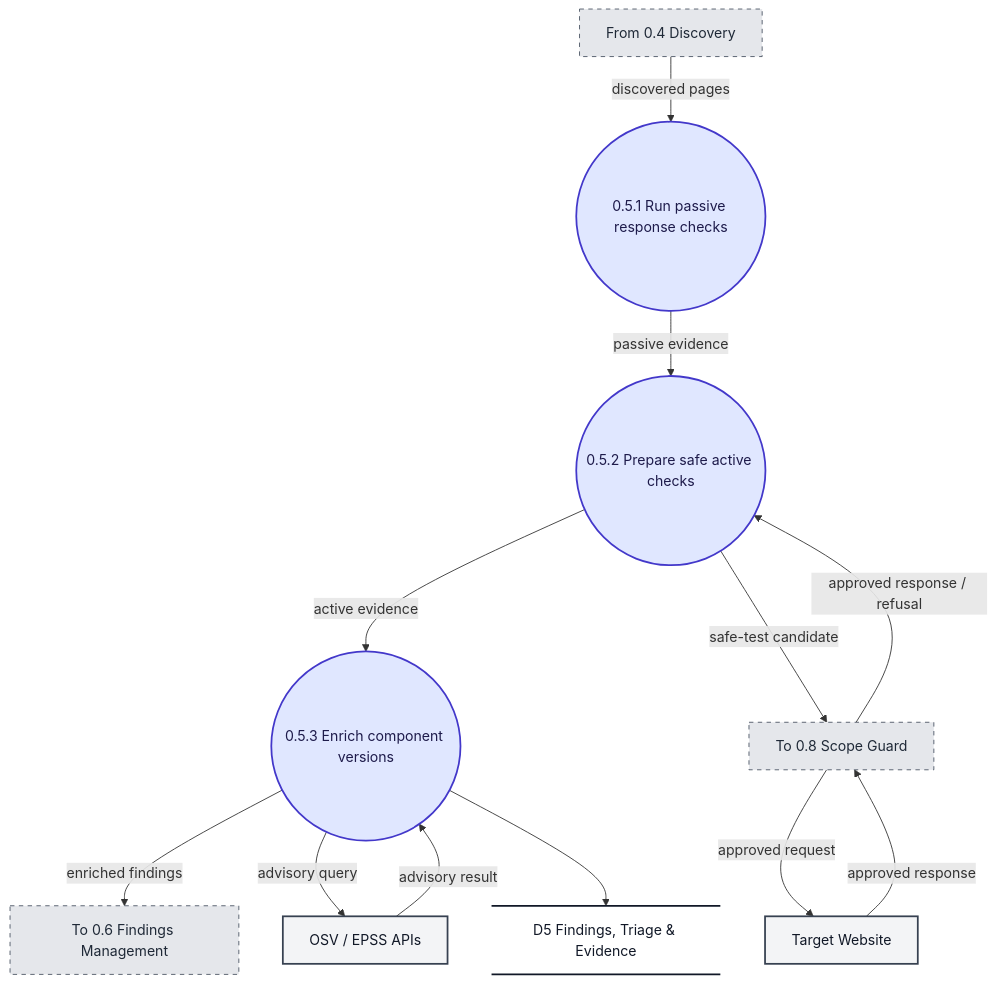
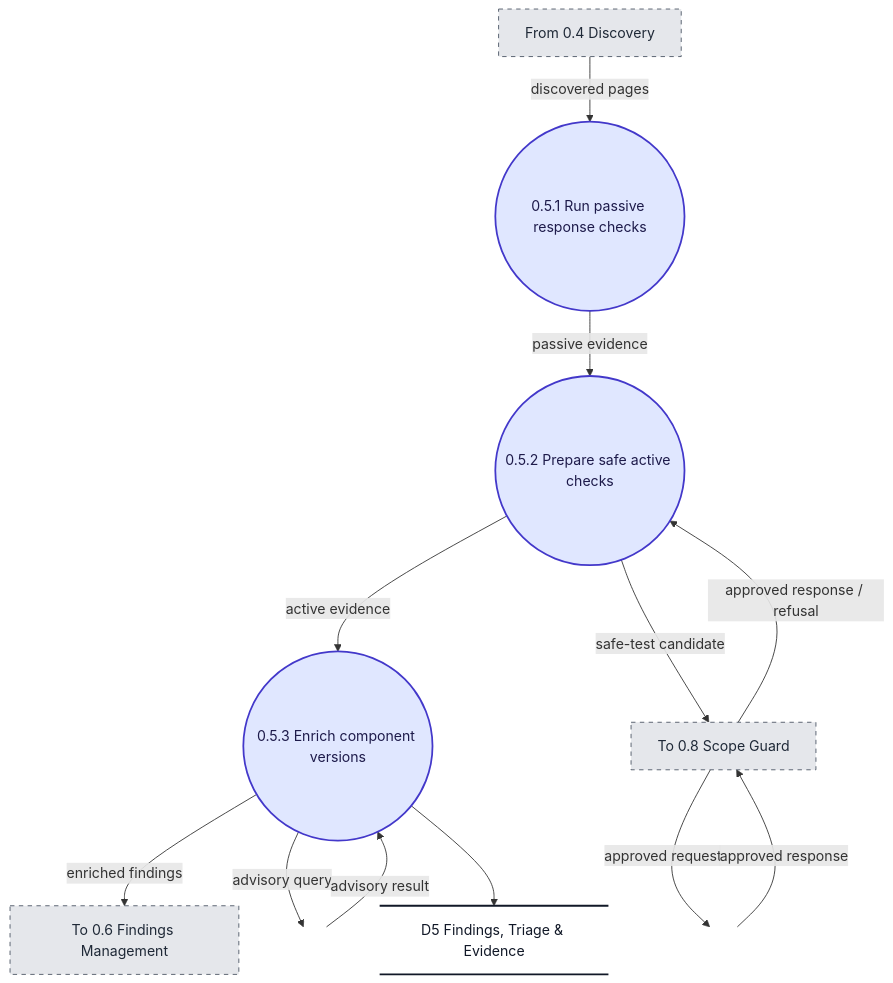
One commit to ksacheth/software-engineering changed the seventh of 11 diagrams in docs/dfd/Website_Vulnerability_Scanner_DFD.md. Above: the diagram before and after it, drawn with Mermaid. The commit also changed other lines of this file and 19 other files, not shown here.

First line of the commit message:
docs(dfd): align level-2 DFDs and report format with textbook and peer reference

````diff
--- a/docs/dfd/Website_Vulnerability_Scanner_DFD.md
+++ b/docs/dfd/Website_Vulnerability_Scanner_DFD.md
@@ -302,39 +295,37 @@
 ```mermaid
 flowchart TD
-    %% Level 2 DFD - F.5 Vulnerability Detection
 
     I_From["From 0.4 Discovery"]
     I_To["To 0.6 Findings Management"]
     I_ScopeGuard["To 0.8 Scope Guard"]
 
     P51(("0.5.1 Run passive response checks"))
     P52(("0.5.2 Prepare safe active checks"))
     P53(("0.5.3 Enrich component versions"))
 
     D5@{ shape: datastore, label: "D5 Findings, Triage & Evidence" }
-    Target["Target Website"]
-    OSV["OSV / EPSS APIs"]
+    B_Target[" "]
+    B_OSV[" "]
 
     I_From -->|"discovered pages"| P51
     P51 -->|"passive evidence"| P52
     P52 -->|"active evidence"| P53
     P53 -->|"enriched findings"| I_To
 
     P52 -->|"safe-test candidate"| I_ScopeGuard
-    I_ScopeGuard -->|"approved request"| Target
-    Target -->|"approved response"| I_ScopeGuard
+    I_ScopeGuard -->|"approved request"| B_Target
+    B_Target -->|"approved response"| I_ScopeGuard
     I_ScopeGuard -->|"approved response / refusal"| P52
-    P53 -->|"advisory query"| OSV
-    OSV -->|"advisory result"| P53
+    P53 -->|"advisory query"| B_OSV
+    B_OSV -->|"advisory result"| P53
     P53 --> D5
 
-    %% Styling
     classDef process fill:#e0e7ff,stroke:#4338ca,stroke-width:2px,color:#1e1b4b;
-    classDef entity fill:#f3f4f6,stroke:#374151,stroke-width:2px,color:#111827;
     classDef store fill:transparent,stroke:#111827,stroke-width:2px,color:#111827;
     classDef iface fill:#e5e7eb,stroke:#4b5563,stroke-width:1px,stroke-dasharray: 5 5,color:#1f2937;
+    classDef boundary fill:transparent,stroke:transparent,color:transparent;
     class P51,P52,P53 process;
-    class Target,OSV entity;
     class D5 store;
     class I_From,I_To,I_ScopeGuard iface;
+    class B_Target,B_OSV boundary;
 ```
````
